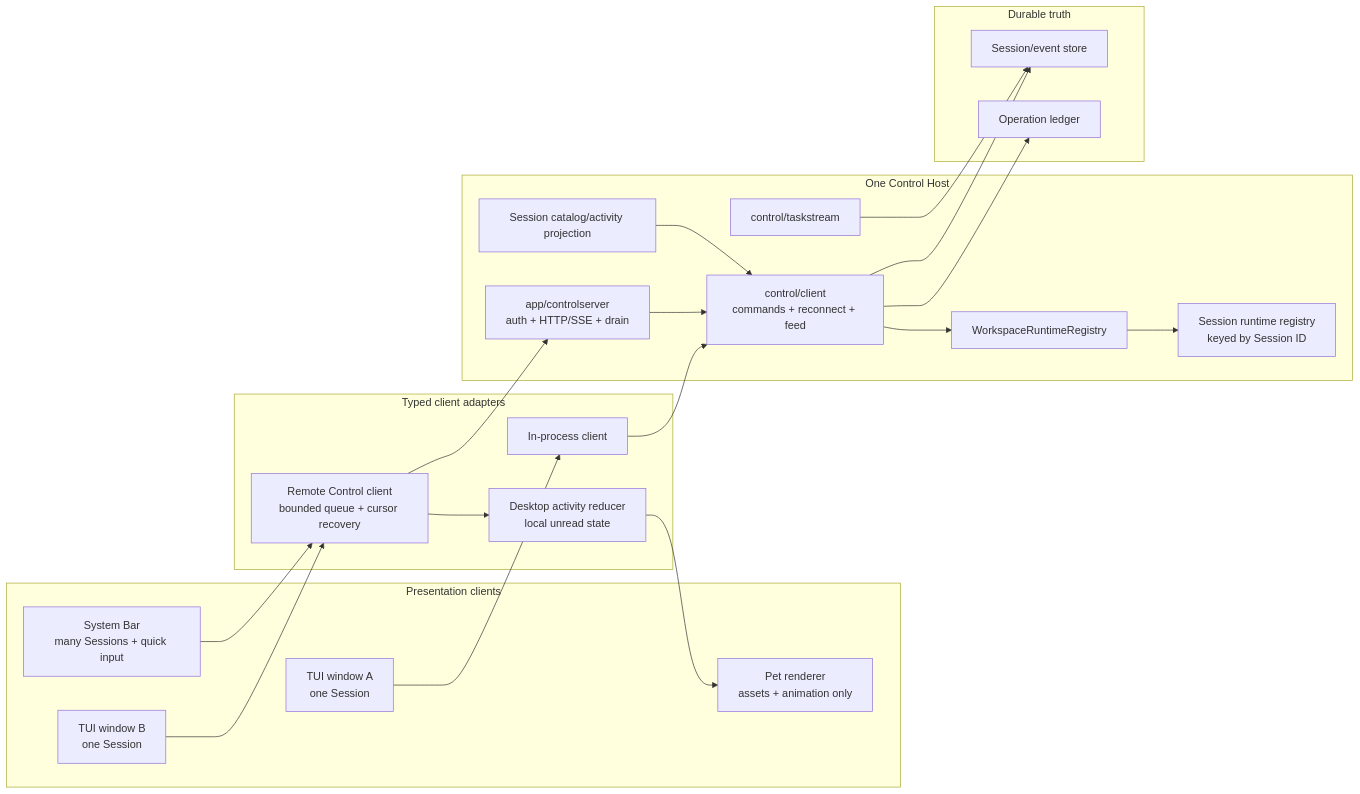
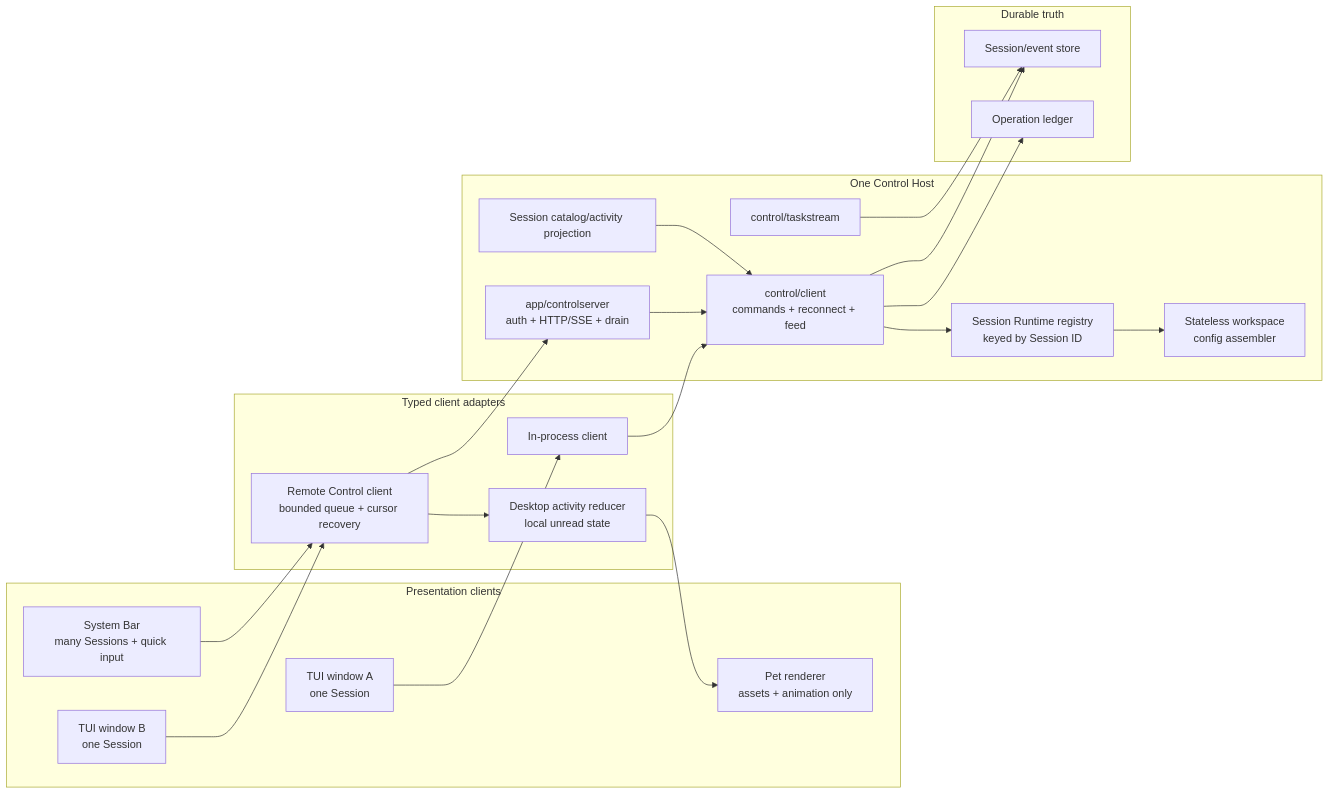
Before and after one commit to caelis-labs/caelis: the first of 3 diagrams in docs/control-host-bar-pet-design.md, drawn with Mermaid. The commit also changed other lines of this file and 18 other files, not shown here.

Commit message:
feat(gatewayapp): pin config per session runtime

````diff
--- a/docs/control-host-bar-pet-design.md
+++ b/docs/control-host-bar-pet-design.md
@@ -336,44 +361,44 @@
 ```mermaid
 flowchart LR
     subgraph Presentation["Presentation clients"]
         TUI1["TUI window A<br/>one Session"]
         TUI2["TUI window B<br/>one Session"]
         BAR["System Bar<br/>many Sessions + quick input"]
         PET["Pet renderer<br/>assets + animation only"]
     end
 
     subgraph Client["Typed client adapters"]
         LOCAL["In-process client"]
         REMOTE["Remote Control client<br/>bounded queue + cursor recovery"]
         REDUCER["Desktop activity reducer<br/>local unread state"]
     end
 
     subgraph Host["One Control Host"]
         API["app/controlserver<br/>auth + HTTP/SSE + drain"]
         CATALOG["Session catalog/activity projection"]
         CONTROL["control/client<br/>commands + reconnect + feed"]
         TASKS["control/taskstream"]
-        REGISTRY["WorkspaceRuntimeRegistry"]
-        RUNTIME["Session runtime registry<br/>keyed by Session ID"]
+        ASSEMBLER["Stateless workspace<br/>config assembler"]
+        RUNTIME["Session Runtime registry<br/>keyed by Session ID"]
     end
 
     subgraph Durable["Durable truth"]
         STORE["Session/event store"]
         OPS["Operation ledger"]
     end
 
     TUI1 --> LOCAL
     TUI2 --> REMOTE
     BAR --> REMOTE
     REMOTE --> REDUCER
     REDUCER --> PET
     LOCAL --> CONTROL
     REMOTE --> API
     API --> CONTROL
     CATALOG --> CONTROL
-    CONTROL --> REGISTRY
-    REGISTRY --> RUNTIME
+    CONTROL --> RUNTIME
+    RUNTIME --> ASSEMBLER
     CONTROL --> STORE
     CONTROL --> OPS
     TASKS --> STORE
 ```
````
